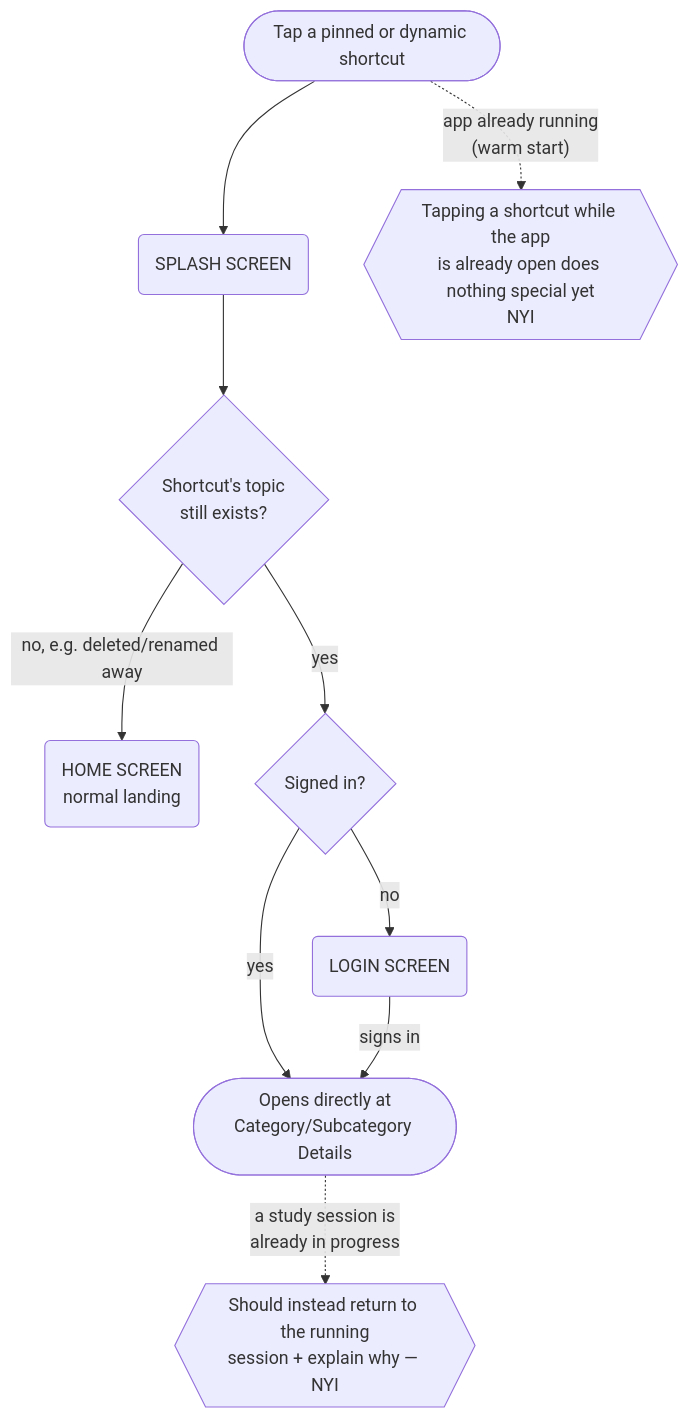
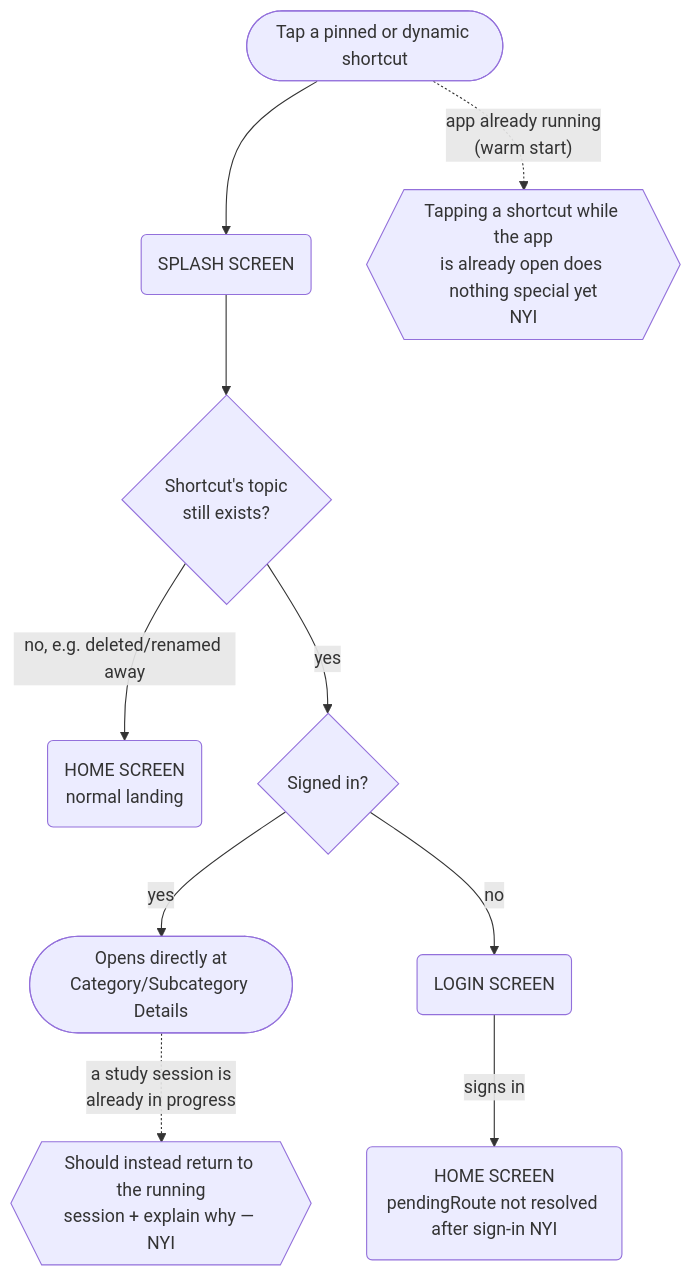
Before and after one commit to rmakowiecki/Flashcards: the third of 3 diagrams in docs/user-flow/shortcuts.md, drawn with Mermaid.

Commit message:
docs: update shortcuts user flow for pinned-shortcut launch handoff

````diff
--- a/docs/user-flow/shortcuts.md
+++ b/docs/user-flow/shortcuts.md
@@ -41,16 +41,16 @@
 ```mermaid
 flowchart TD
     ShortcutTap([Tap a pinned or dynamic shortcut]) --> Splash(SPLASH SCREEN)
 Splash --> StillValid{Shortcut's topic\nstill exists?}
 
 StillValid -->|no, e.g. deleted/renamed away| Home(HOME SCREEN\nnormal landing)
 StillValid -->|yes| SignedIn2{Signed in?}
 
 SignedIn2 -->|yes| DirectOpen([Opens directly at\nCategory/Subcategory Details])
 SignedIn2 -->|no| LoginScreen(LOGIN SCREEN)
-LoginScreen -->|signs in| DirectOpen
+LoginScreen -->|signs in| Home2(HOME SCREEN\npendingRoute not resolved after sign-in NYI)
 
 
 ShortcutTap -.->|"app already running\n(warm start)"| WarmNYI{{Tapping a shortcut while the app\nis already open does nothing special yet\nNYI}}
 DirectOpen -.->|"a study session is\nalready in progress"| SessionNYI{{Should instead return to the running\nsession + explain why — NYI}}
 ```
````
